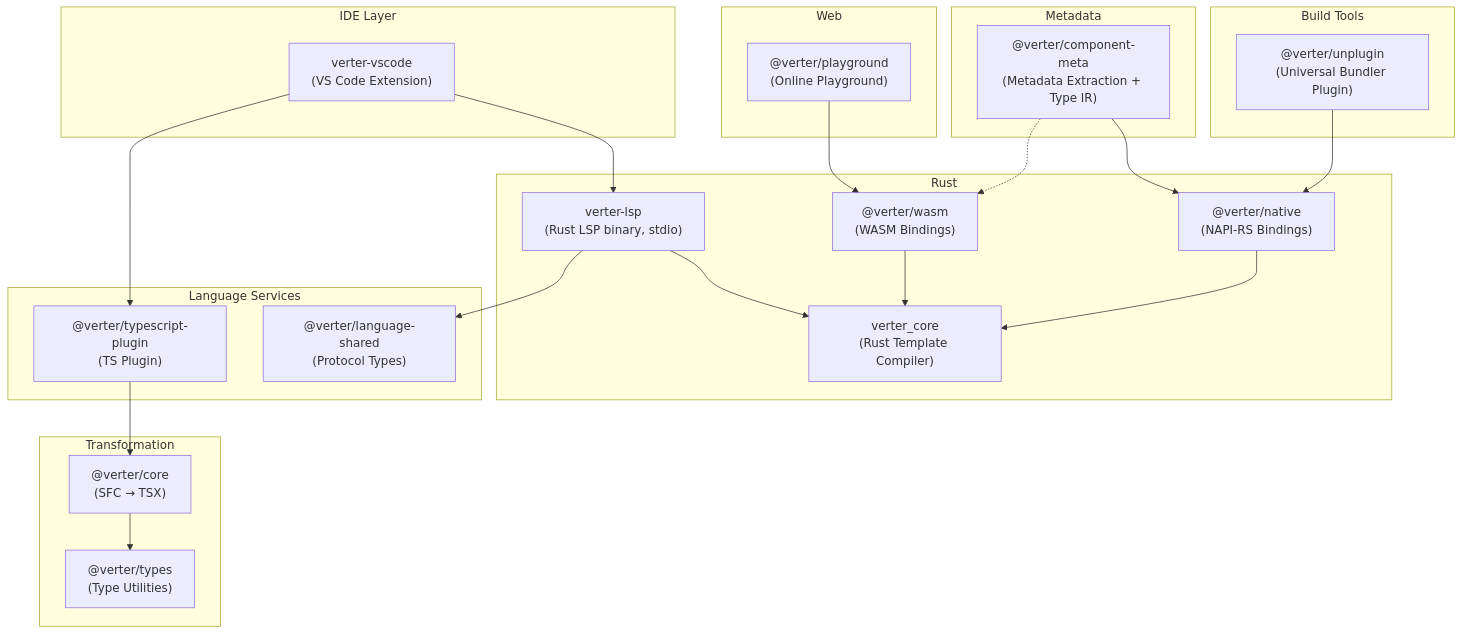
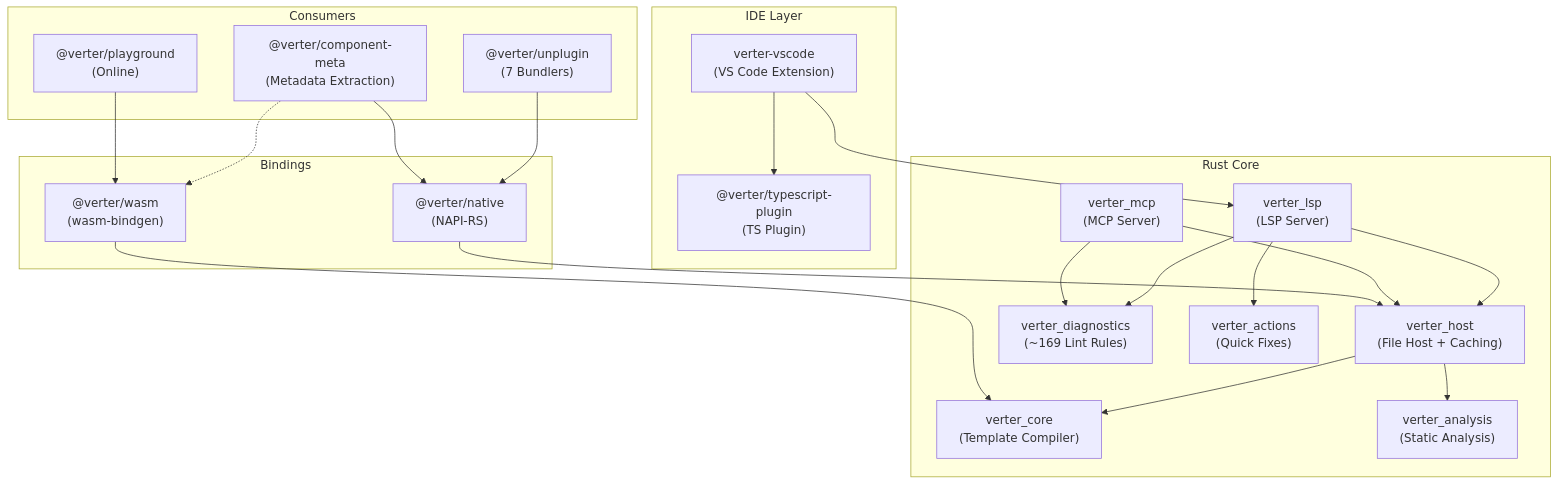
The first of 2 diagrams in readme.md (pikax/verter), drawn with Mermaid before and after one commit. The commit also changed other lines of this file, not shown here.

First line of the commit message:
docs(*): rewrite README to reflect Rust-first toolchain

````diff
--- a/readme.md
+++ b/readme.md
@@ -154,48 +160,44 @@
 ```mermaid
 graph TB
     subgraph "IDE Layer"
         VSCode["verter-vscode<br/>(VS Code Extension)"]
+        TSPlugin["@verter/typescript-plugin<br/>(TS Plugin)"]
     end
 
-    subgraph "Rust"
-        LSP["verter-lsp<br/>(Rust LSP binary, stdio)"]
-        Native["@verter/native<br/>(NAPI-RS Bindings)"]
-        WASM["@verter/wasm<br/>(WASM Bindings)"]
-        RustCore["verter_core<br/>(Rust Template Compiler)"]
+    subgraph "Rust Core"
+        LSP["verter_lsp<br/>(LSP Server)"]
+        MCP["verter_mcp<br/>(MCP Server)"]
+        Host["verter_host<br/>(File Host + Caching)"]
+        Compiler["verter_core<br/>(Template Compiler)"]
+        Analysis["verter_analysis<br/>(Static Analysis)"]
+        Diagnostics["verter_diagnostics<br/>(~169 Lint Rules)"]
+        Actions["verter_actions<br/>(Quick Fixes)"]
     end
 
-    subgraph "Language Services"
-        TSPlugin["@verter/typescript-plugin<br/>(TS Plugin)"]
-        Shared["@verter/language-shared<br/>(Protocol Types)"]
+    subgraph "Bindings"
+        Native["@verter/native<br/>(NAPI-RS)"]
+        WASM["@verter/wasm<br/>(wasm-bindgen)"]
     end
 
-    subgraph "Transformation"
-        Core["@verter/core<br/>(SFC → TSX)"]
-        Types["@verter/types<br/>(Type Utilities)"]
-    end
-
-    subgraph "Build Tools"
-        Unplugin["@verter/unplugin<br/>(Universal Bundler Plugin)"]
-    end
-
-    subgraph "Metadata"
-        ComponentMeta["@verter/component-meta<br/>(Metadata Extraction + Type IR)"]
-    end
-
-    subgraph "Web"
-        Playground["@verter/playground<br/>(Online Playground)"]
+    subgraph "Consumers"
+        Unplugin["@verter/unplugin<br/>(7 Bundlers)"]
+        ComponentMeta["@verter/component-meta<br/>(Metadata Extraction)"]
+        Playground["@verter/playground<br/>(Online)"]
     end
 
     VSCode --> LSP
     VSCode --> TSPlugin
-    LSP --> RustCore
-    LSP --> Shared
-    TSPlugin --> Core
-    Core --> Types
-    Native --> RustCore
-    WASM --> RustCore
+    LSP --> Host
+    MCP --> Host
+    Host --> Compiler
+    Host --> Analysis
+    LSP --> Diagnostics
+    LSP --> Actions
+    MCP --> Diagnostics
+    Native --> Host
+    WASM --> Compiler
     Unplugin --> Native
-    Playground --> WASM
     ComponentMeta --> Native
     ComponentMeta -.-> WASM
+    Playground --> WASM
 ```
````
